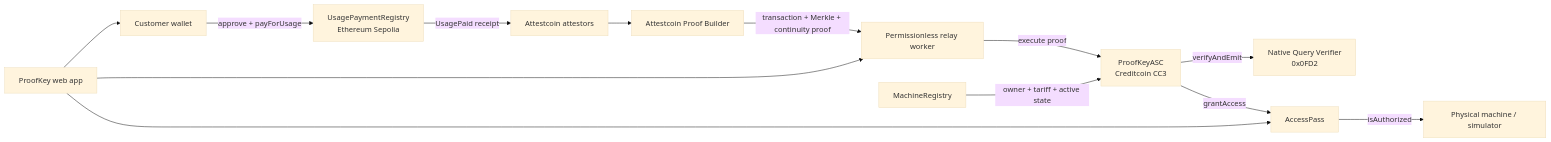
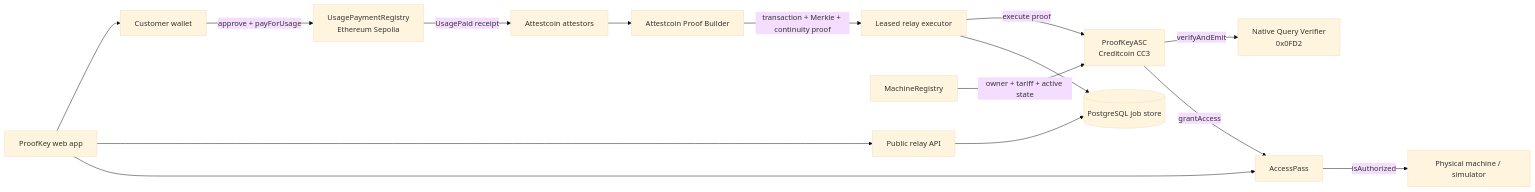
Before and after one commit to EcstaceeLOR/ProofKey: the diagram in README.md, drawn with Mermaid (base theme). The commit also changed other lines of this file and 33 other files, not shown here.

Commit message:
feat(worker): add durable public relay infrastructure

````diff
--- a/README.md
+++ b/README.md
@@ -34,15 +34,17 @@
 ```mermaid
 flowchart LR
     U[Customer wallet] -->|approve + payForUsage| SPR[UsagePaymentRegistry<br/>Ethereum Sepolia]
     SPR -->|UsagePaid receipt| A[Attestcoin attestors]
     A --> PB[Attestcoin Proof Builder]
-    PB -->|transaction + Merkle + continuity proof| W[Permissionless relay worker]
+    PB -->|transaction + Merkle + continuity proof| W[Leased relay executor]
     W -->|execute proof| ASC[ProofKeyASC<br/>Creditcoin CC3]
     ASC -->|verifyAndEmit| NQV[Native Query Verifier<br/>0x0FD2]
     MR[MachineRegistry] -->|owner + tariff + active state| ASC
     ASC -->|grantAccess| AP[AccessPass]
     AP -->|isAuthorized| D[Physical machine / simulator]
     UI[ProofKey web app] --> U
-    UI --> W
+    UI --> API[Public relay API]
+    API --> DB[(PostgreSQL job store)]
+    W --> DB
     UI --> AP
 ```
````
